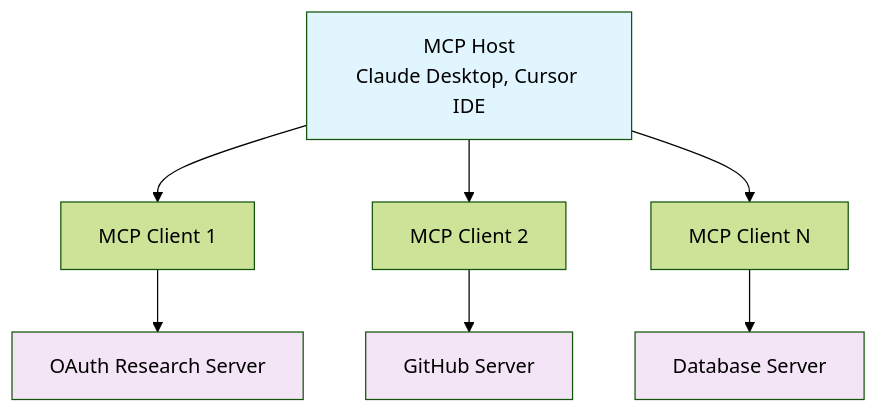
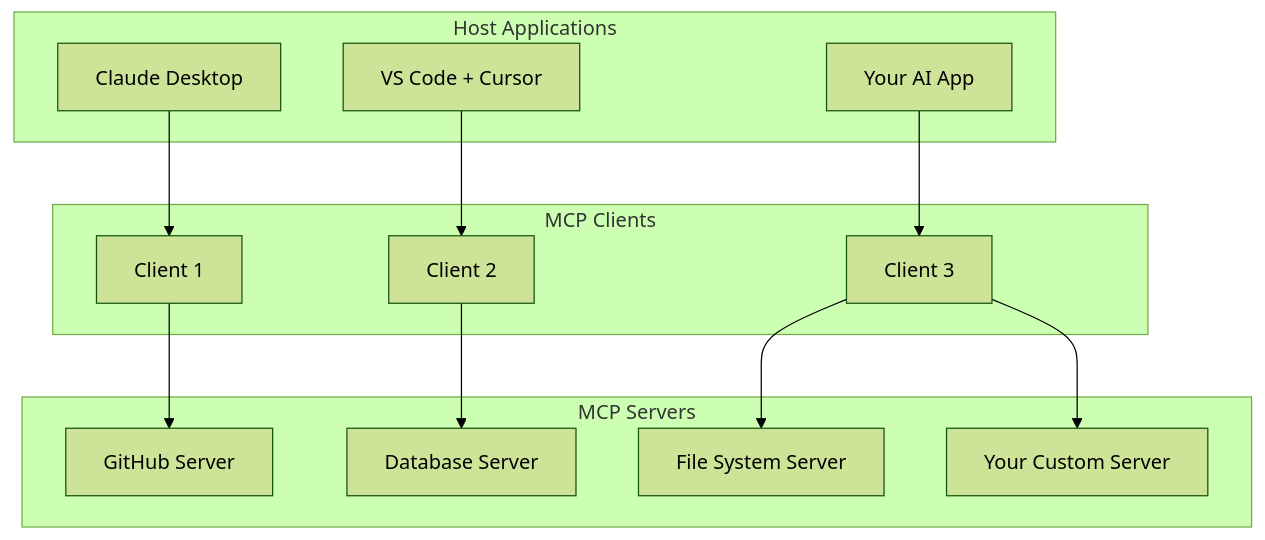
The first of 2 diagrams in index.qmd (skylarbpayne/mcp-101), drawn with Mermaid (forest theme) before and after one commit. The commit also changed other lines of this file and 25 other files, not shown here.

````diff
--- a/index.qmd
+++ b/index.qmd
@@ -74,14 +114,30 @@
 ```{mermaid}
-graph TD
-    A[MCP Host<br/>Claude Desktop, Cursor IDE] --> B[MCP Client 1]
-    A --> C[MCP Client 2]
-    A --> D[MCP Client N]
-    B --> E[OAuth Research Server]
-    C --> F[GitHub Server]
-    D --> G[Database Server]
+graph TB
+    subgraph "Host Applications"
+        A[Claude Desktop]
+        B[VS Code + Cursor]
+        C[Your AI App]
+    end
     
-    style A fill:#e1f5fe
-    style E fill:#f3e5f5
-    style F fill:#f3e5f5
-    style G fill:#f3e5f5
+    subgraph "MCP Clients"
+        D[Client 1]
+        E[Client 2]
+        F[Client 3]
+    end
+    
+    subgraph "MCP Servers"
+        G[GitHub Server]
+        H[Database Server]
+        I[File System Server]
+        J[Your Custom Server]
+    end
+    
+    A --> D
+    B --> E
+    C --> F
+    
+    D --> G
+    E --> H
+    F --> I
+    F --> J
 ```
````
